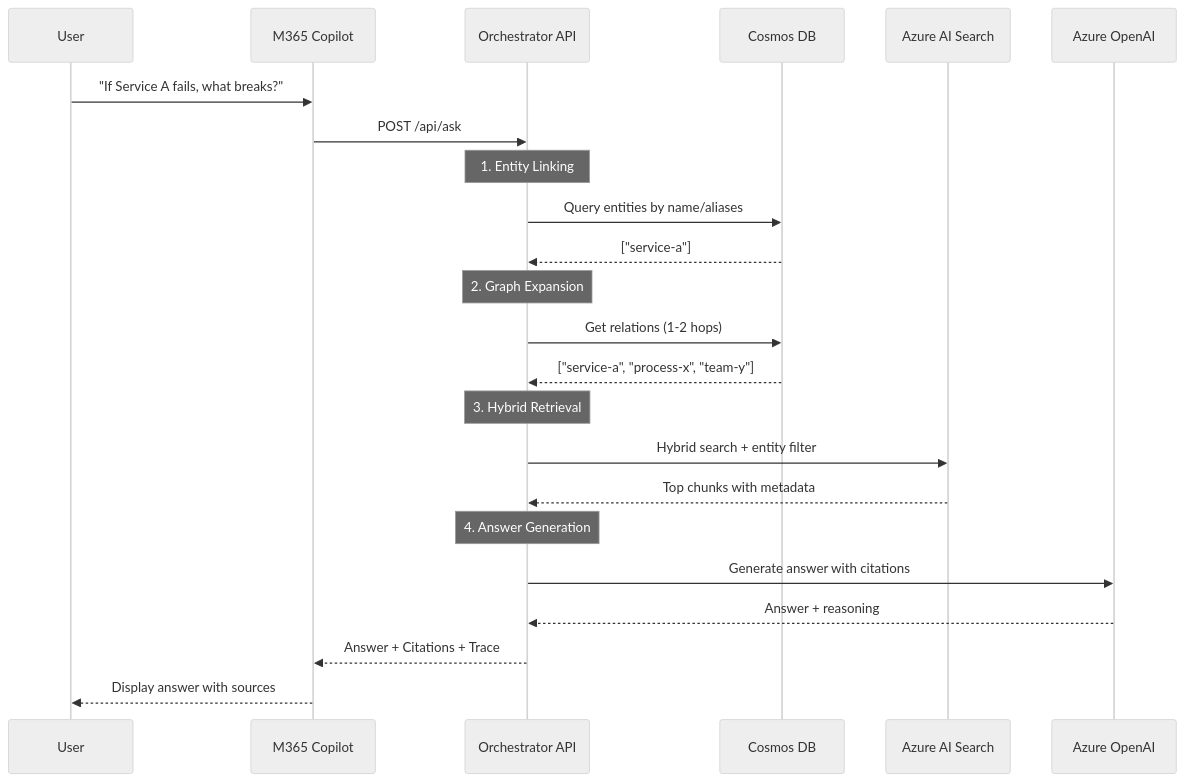
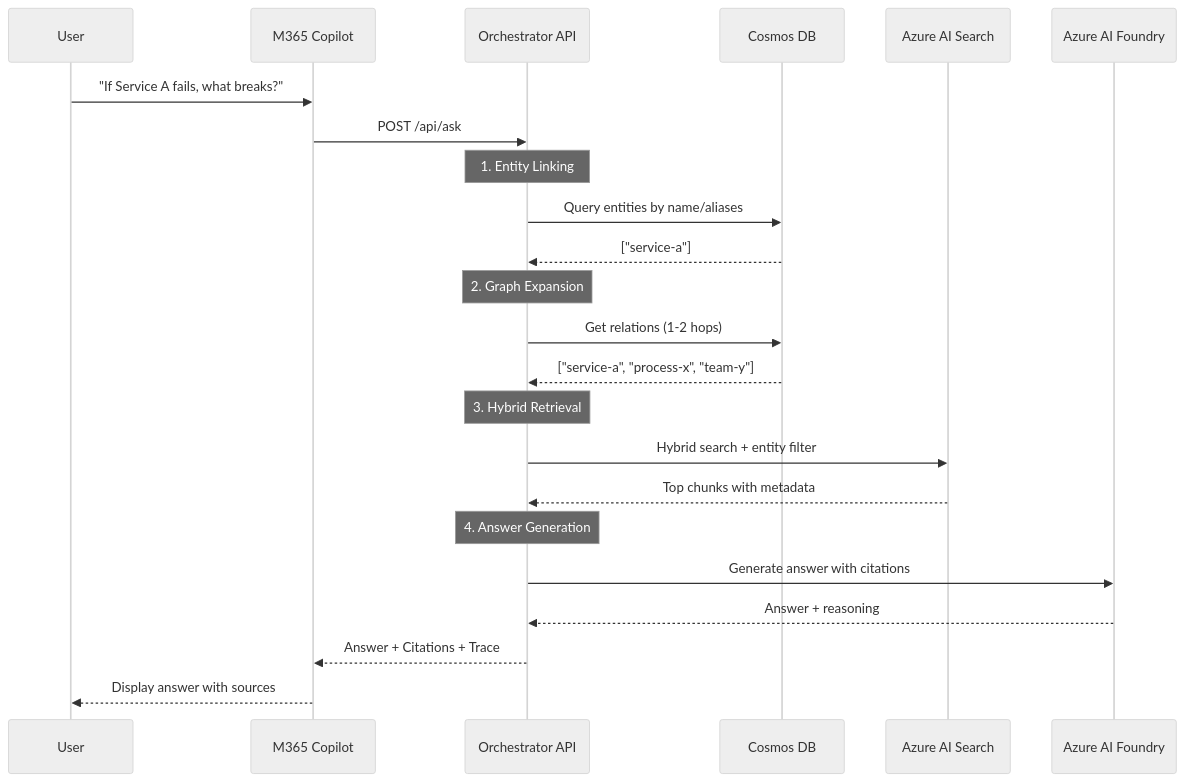
The second of 2 diagrams in README.md (sujithq/microsoft-copilot-demo), drawn with Mermaid (neutral theme) before and after one commit. The commit also changed other lines of this file and 11 other files, not shown here.

Commit message:
Update to Azure AI Foundry (AI Services) with latest package versions

````diff
--- a/README.md
+++ b/README.md
@@ -103,31 +106,31 @@
 ```mermaid
 sequenceDiagram
     participant User
     participant Copilot as M365 Copilot
     participant Orch as Orchestrator API
     participant Cosmos as Cosmos DB
     participant Search as Azure AI Search
-    participant OpenAI as Azure OpenAI
+    participant OpenAI as Azure AI Foundry
 
     User->>Copilot: "If Service A fails, what breaks?"
     Copilot->>Orch: POST /api/ask
     
     Note over Orch: 1. Entity Linking
     Orch->>Cosmos: Query entities by name/aliases
     Cosmos-->>Orch: ["service-a"]
     
     Note over Orch: 2. Graph Expansion
     Orch->>Cosmos: Get relations (1-2 hops)
     Cosmos-->>Orch: ["service-a", "process-x", "team-y"]
     
     Note over Orch: 3. Hybrid Retrieval
     Orch->>Search: Hybrid search + entity filter
     Search-->>Orch: Top chunks with metadata
     
     Note over Orch: 4. Answer Generation
     Orch->>OpenAI: Generate answer with citations
     OpenAI-->>Orch: Answer + reasoning
     
     Orch-->>Copilot: Answer + Citations + Trace
     Copilot-->>User: Display answer with sources
 ```
````
